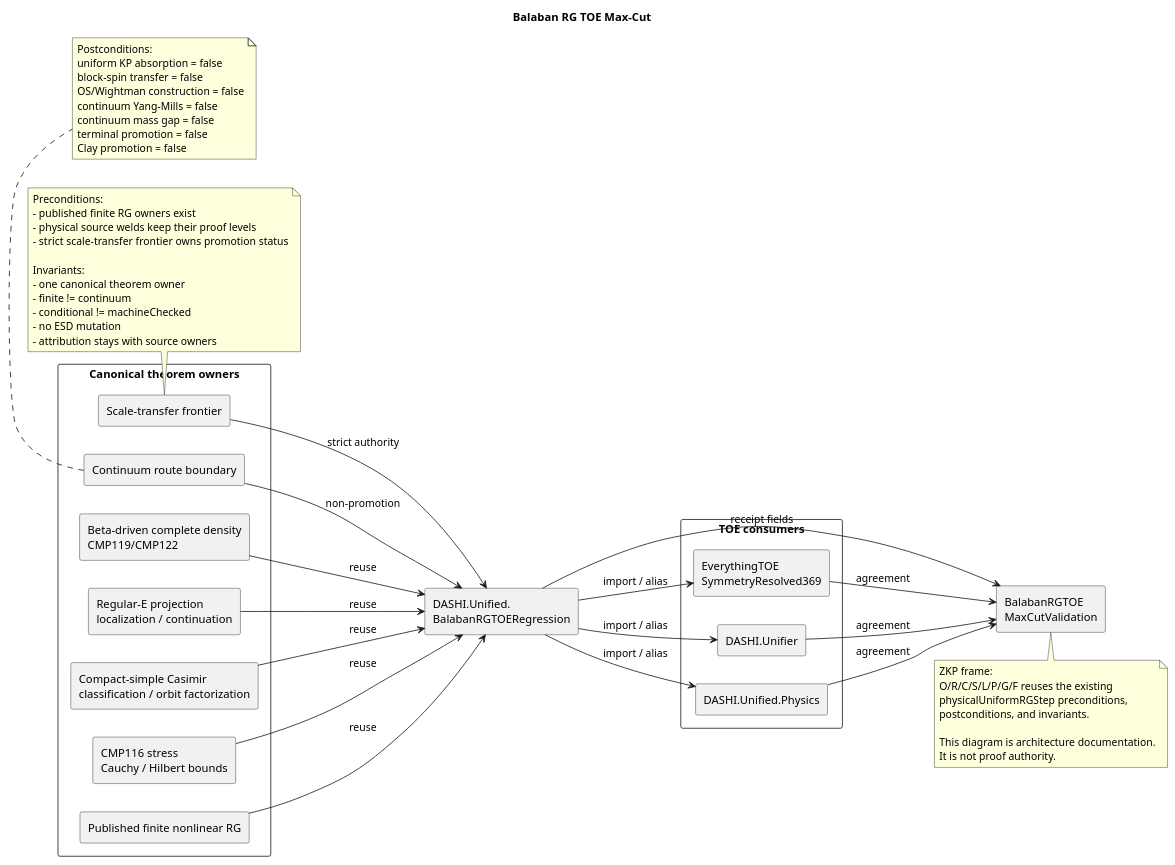
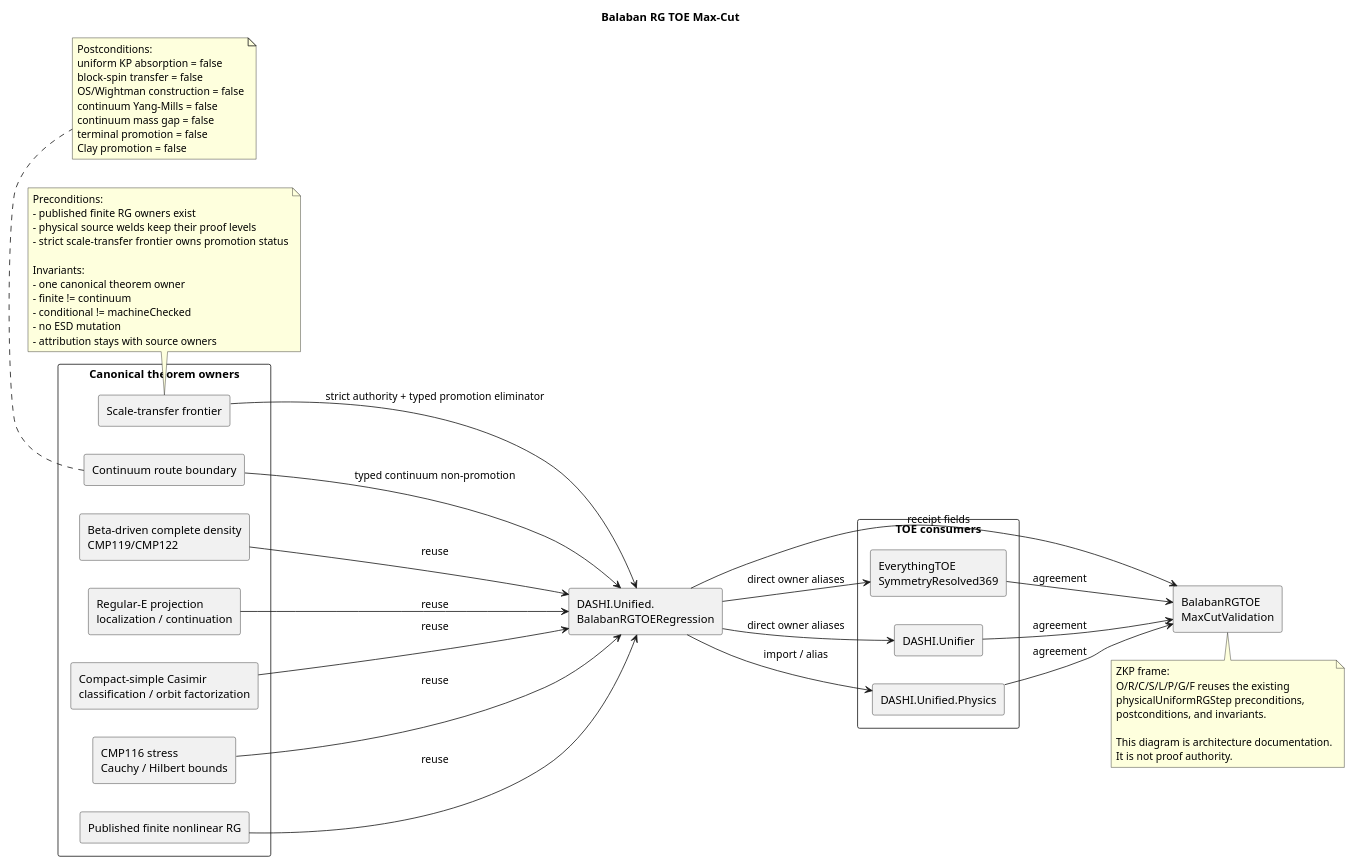
One commit to chboishabba/dashi_agda changed the diagram in Docs/diagrams/BalabanRGTOEMaxCut.puml. Above: the diagram before and after it, drawn with PlantUML.

Commit message:
Docs: show direct Balaban non-promotion owner path

```diff
--- a/Docs/diagrams/BalabanRGTOEMaxCut.puml
+++ b/Docs/diagrams/BalabanRGTOEMaxCut.puml
@@ -1,81 +1,81 @@
 @startuml
 title Balaban RG TOE Max-Cut
 
 left to right direction
 skinparam componentStyle rectangle
 skinparam packageStyle rectangle
 skinparam shadowing false
 
 package "Canonical theorem owners" {
   component "Beta-driven complete density\nCMP119/CMP122" as Density
   component "Regular-E projection\nlocalization / continuation" as RegularE
   component "Compact-simple Casimir\nclassification / orbit factorization" as Casimir
   component "CMP116 stress\nCauchy / Hilbert bounds" as Stress
   component "Published finite nonlinear RG" as PublishedRG
   component "Scale-transfer frontier" as Frontier
   component "Continuum route boundary" as Continuum
 }
 
 component "DASHI.Unified.\nBalabanRGTOERegression" as Normalized
 
 package "TOE consumers" {
   component "EverythingTOE\nSymmetryResolved369" as TOE
   component "DASHI.Unifier" as Unifier
   component "DASHI.Unified.Physics" as Physics
 }
 
 component "BalabanRGTOE\nMaxCutValidation" as Validation
 
 Density --> Normalized : reuse
 RegularE --> Normalized : reuse
 Casimir --> Normalized : reuse
 Stress --> Normalized : reuse
 PublishedRG --> Normalized : reuse
-Frontier --> Normalized : strict authority
-Continuum --> Normalized : non-promotion
+Frontier --> Normalized : strict authority + typed promotion eliminator
+Continuum --> Normalized : typed continuum non-promotion
 
-Normalized --> TOE : import / alias
-Normalized --> Unifier : import / alias
+Normalized --> TOE : direct owner aliases
+Normalized --> Unifier : direct owner aliases
 Normalized --> Physics : import / alias
 
 TOE --> Validation : agreement
 Unifier --> Validation : agreement
 Physics --> Validation : agreement
 Normalized --> Validation : receipt fields
 
 note bottom of Frontier
 Preconditions:
 - published finite RG owners exist
 - physical source welds keep their proof levels
 - strict scale-transfer frontier owns promotion status
 
 Invariants:
 - one canonical theorem owner
 - finite != continuum
 - conditional != machineChecked
 - no ESD mutation
 - attribution stays with source owners
 end note
 
 note bottom of Continuum
 Postconditions:
 uniform KP absorption = false
 block-spin transfer = false
 OS/Wightman construction = false
 continuum Yang-Mills = false
 continuum mass gap = false
 terminal promotion = false
 Clay promotion = false
 end note
 
 note bottom of Validation
 ZKP frame:
 O/R/C/S/L/P/G/F reuses the existing
 physicalUniformRGStep preconditions,
 postconditions, and invariants.
 
 This diagram is architecture documentation.
 It is not proof authority.
 end note
 
 @enduml
```
